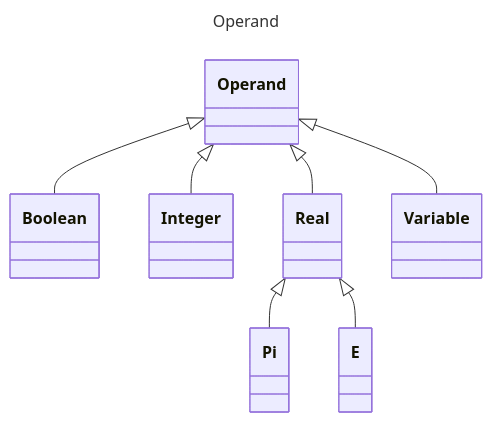
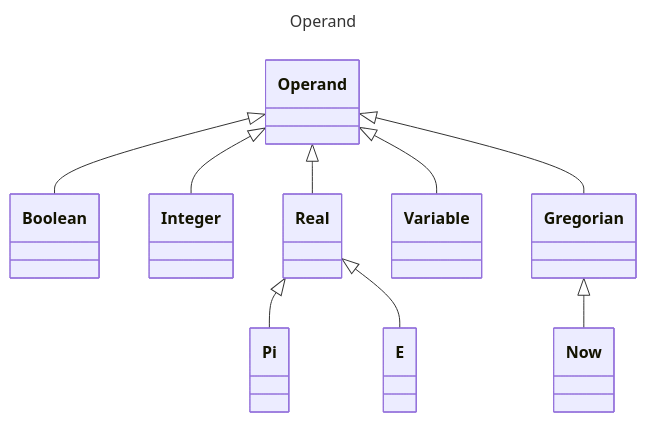
The diagram in !docs/Operand.md (khangvum/exprevaluator), drawn with Mermaid before and after one commit. The commit also changed 1 other file, not shown here.

Commit message:
Added Gregorian data type

````diff
--- a/!docs/Operand.md
+++ b/!docs/Operand.md
@@ -1,26 +1,32 @@
 ```mermaid
 ---
 title: Operand
 ---
 classDiagram
     class Operand
 
     class Boolean
 
     class Integer
 
     class Real
 
     class Variable
 
     class Pi
 
     class E
 
+    class Gregorian
+
+    class Now
+
     Operand <|-- Boolean
     Operand <|-- Integer
     Operand <|-- Real
     Operand <|-- Variable
+    Operand <|-- Gregorian
     Real <|-- Pi
     Real <|-- E
+    Gregorian <|-- Now
 ```
````
